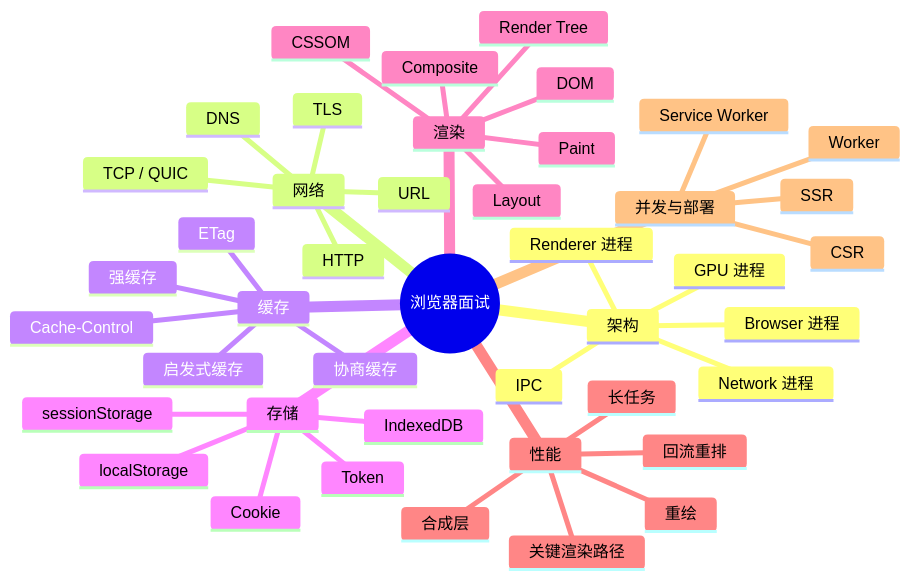
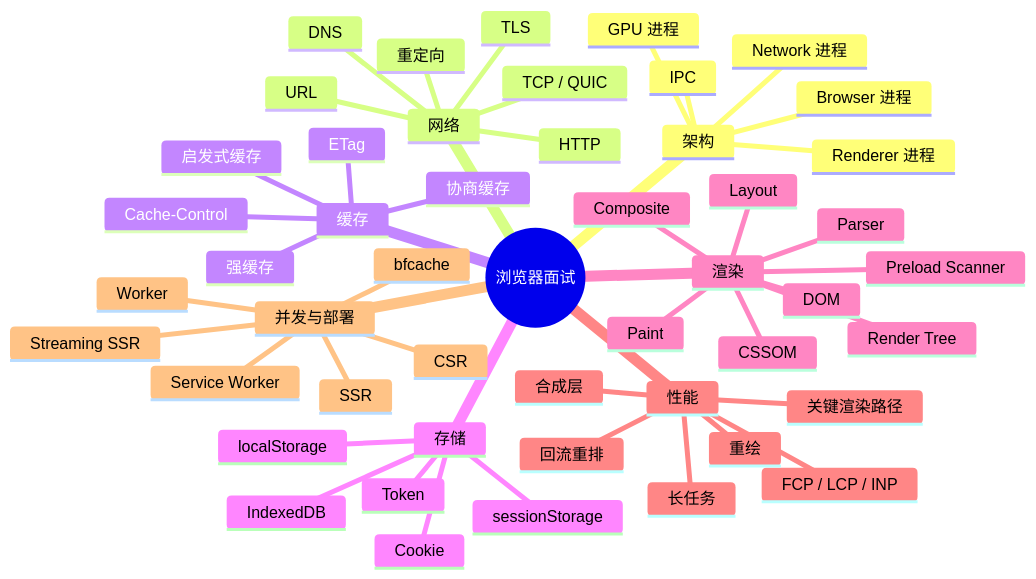
Before and after one commit to 2530622506/interView-writing-: the first of 9 diagrams in docs/react-interview/browser-interview-guide.md, drawn with Mermaid. The commit also changed other lines of this file and 15 other files, not shown here.

````diff
--- a/docs/react-interview/browser-interview-guide.md
+++ b/docs/react-interview/browser-interview-guide.md
@@ -16,46 +16,52 @@
 ```mermaid
 mindmap
   root((浏览器面试))
     架构
       Browser 进程
       Renderer 进程
       Network 进程
       GPU 进程
       IPC
     网络
       URL
       DNS
       TCP / QUIC
       TLS
       HTTP
+      重定向
     缓存
       强缓存
       协商缓存
       启发式缓存
       Cache-Control
       ETag
     存储
       Cookie
       localStorage
       sessionStorage
       IndexedDB
       Token
     渲染
+      Parser
+      Preload Scanner
       DOM
       CSSOM
       Render Tree
       Layout
       Paint
       Composite
     性能
+      FCP / LCP / INP
       关键渲染路径
       长任务
       回流重排
       重绘
       合成层
     并发与部署
       Worker
       Service Worker
+      bfcache
       SSR
       CSR
+      Streaming SSR
 ```
````
